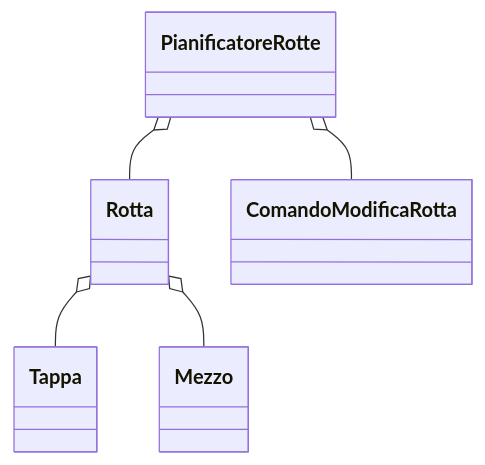
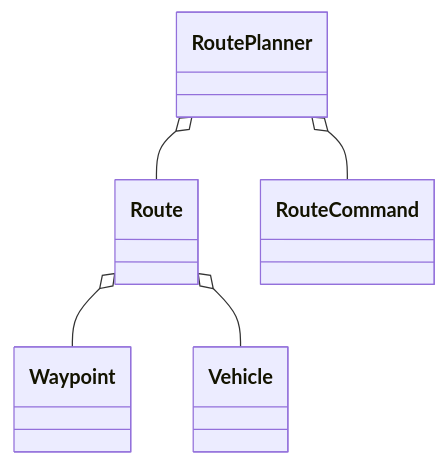
The sixth of 8 diagrams in README.md (Alex-Cambrini/pss24-25-WasteMaster-Cambrini-Ferrari-Ragazzini), drawn with Mermaid before and after one commit. The commit also changed other lines of this file, not shown here.

````diff
--- a/README.md
+++ b/README.md
@@ -207,13 +208,13 @@
 ```mermaid
 classDiagram
-    class Rotta
-    class Mezzo
-    class Tappa
-    class ComandoModificaRotta
-    class PianificatoreRotte
+    class Route
+    class Vehicle
+    class Waypoint
+    class RouteCommand
+    class RoutePlanner
 
-    Rotta o-- Tappa
-    Rotta o-- Mezzo
-    PianificatoreRotte o-- Rotta
-    PianificatoreRotte o-- ComandoModificaRotta
+    Route o-- Waypoint
+    Route o-- Vehicle
+    RoutePlanner o-- Route
+    RoutePlanner o-- RouteCommand
 ```
````
